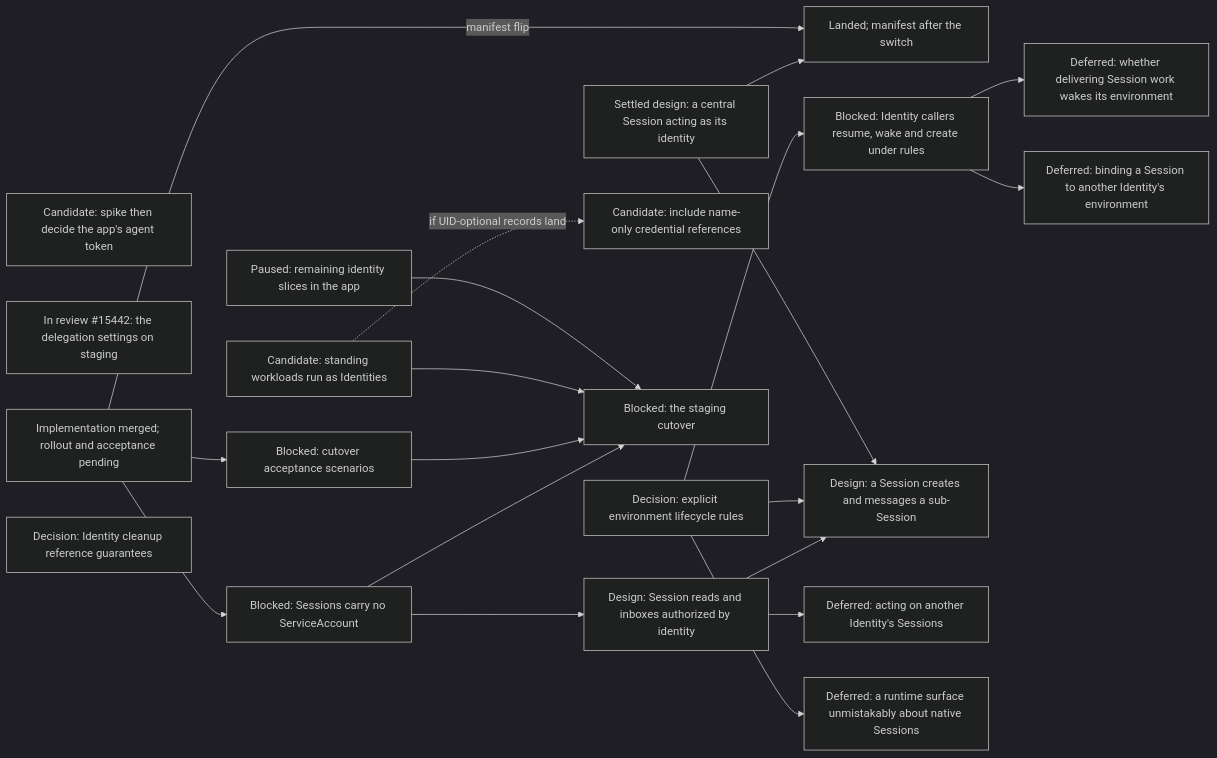
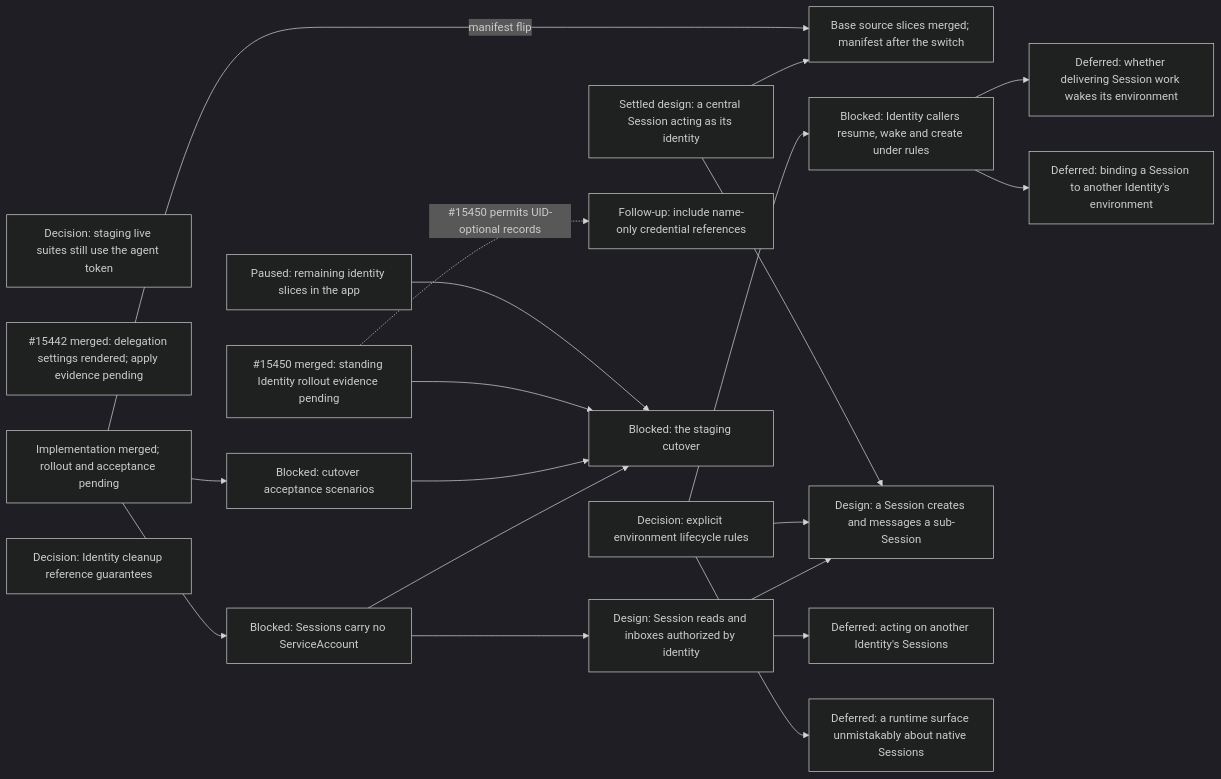
One commit to agentydragon/ducktape changed diagram 16 of 18 in agentplane/plans/task_dag.md. Above: the diagram before and after it, drawn with Mermaid (dark theme). The commit also changed other lines of this file and 1 other file, not shown here.

Commit message:
agentplane/plans: refresh merged work status

````diff
--- a/agentplane/plans/task_dag.md
+++ b/agentplane/plans/task_dag.md
@@ -3142,34 +3144,34 @@
 ```mermaid
 flowchart LR
-    APP_AGENT_TOKEN_DECISION[Candidate: spike then decide the app's agent token]
-    SERVICES_IDENTITY_PRINCIPAL[In review #15442: the delegation settings on staging]
+    APP_AGENT_TOKEN_DECISION[Decision: staging live suites still use the agent token]
+    SERVICES_IDENTITY_PRINCIPAL[#15442 merged: delegation settings rendered; apply evidence pending]
     CENTRAL_SESSION_ACTING_DESIGN[Settled design: a central Session acting as its identity]
-    CENTRAL_SESSION_DELEGATED_ACTING[Landed; manifest after the switch]
+    CENTRAL_SESSION_DELEGATED_ACTING[Base source slices merged; manifest after the switch]
     CENTRAL_SESSION_ACTING_DESIGN --> CENTRAL_SESSION_DELEGATED_ACTING
     SANDBOX_IDENTITY_SPEC -->|manifest flip| CENTRAL_SESSION_DELEGATED_ACTING
-    STANDING_WORKLOAD_IDENTITY[Candidate: standing workloads run as Identities]
+    STANDING_WORKLOAD_IDENTITY[#15450 merged: standing Identity rollout evidence pending]
     ENVIRONMENT_RULE_TYPE_DESIGN[Decision: explicit environment lifecycle rules]
     ENVIRONMENT_LIFECYCLE_RULES[Blocked: Identity callers resume, wake and create under rules]
     ENVIRONMENT_RULE_TYPE_DESIGN --> ENVIRONMENT_LIFECYCLE_RULES
     APP_IDENTITIES_UI[Paused: remaining identity slices in the app]
     IDENTITY_CLEANUP_REFERENCE_DECISION[Decision: Identity cleanup reference guarantees]
-    IDENTITY_DELETE_CREDENTIAL_GUARD[Candidate: include name-only credential references]
-    STANDING_WORKLOAD_IDENTITY -. if UID-optional records land .-> IDENTITY_DELETE_CREDENTIAL_GUARD
+    IDENTITY_DELETE_CREDENTIAL_GUARD[Follow-up: include name-only credential references]
+    STANDING_WORKLOAD_IDENTITY -. #15450 permits UID-optional records .-> IDENTITY_DELETE_CREDENTIAL_GUARD
     SANDBOX_IDENTITY_SPEC[Implementation merged; rollout and acceptance pending]
     SANDBOX_IDENTITY_SPEC --> IDENTITY_SYSTEM_TESTS[Blocked: cutover acceptance scenarios]
     SANDBOX_IDENTITY_SPEC --> SESSION_SA_PRINCIPAL_REMOVAL[Blocked: Sessions carry no ServiceAccount]
     SESSION_SA_PRINCIPAL_REMOVAL --> IDENTITY_CUTOVER
     SESSION_SA_PRINCIPAL_REMOVAL --> SESSION_IDENTITY_AUTHZ
     SESSION_SUBAGENT_DELEGATION[Design: a Session creates and messages a sub-Session]
     SESSION_IDENTITY_AUTHZ --> SESSION_SUBAGENT_DELEGATION
     ENVIRONMENT_RULE_TYPE_DESIGN --> SESSION_SUBAGENT_DELEGATION
     CENTRAL_SESSION_ACTING_DESIGN --> SESSION_SUBAGENT_DELEGATION
     IDENTITY_SYSTEM_TESTS --> IDENTITY_CUTOVER[Blocked: the staging cutover]
     STANDING_WORKLOAD_IDENTITY --> IDENTITY_CUTOVER
     APP_IDENTITIES_UI --> IDENTITY_CUTOVER
     SESSION_IDENTITY_AUTHZ[Design: Session reads and inboxes authorized by identity]
     SESSION_IDENTITY_AUTHZ --> SESSION_CROSS_IDENTITY_AUTHORITY[Deferred: acting on another Identity's Sessions]
     ENVIRONMENT_RULE_TYPE_DESIGN --> ENVIRONMENT_RUNTIME_NATIVE_SURFACE[Deferred: a runtime surface unmistakably about native Sessions]
     ENVIRONMENT_LIFECYCLE_RULES --> WAKE_ON_DELIVERY_DESIGN[Deferred: whether delivering Session work wakes its environment]
     ENVIRONMENT_LIFECYCLE_RULES --> CROSS_IDENTITY_SESSION_BINDING[Deferred: binding a Session to another Identity's environment]
 ```
````
